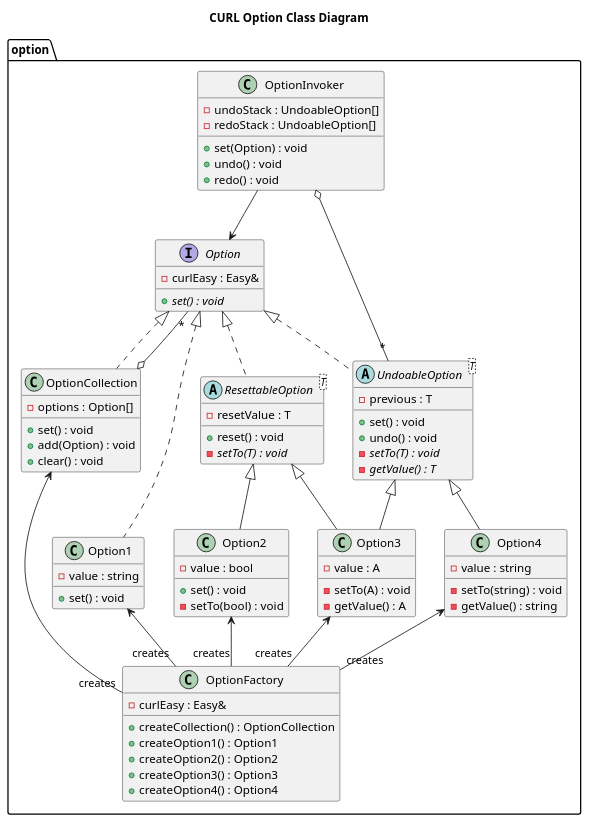
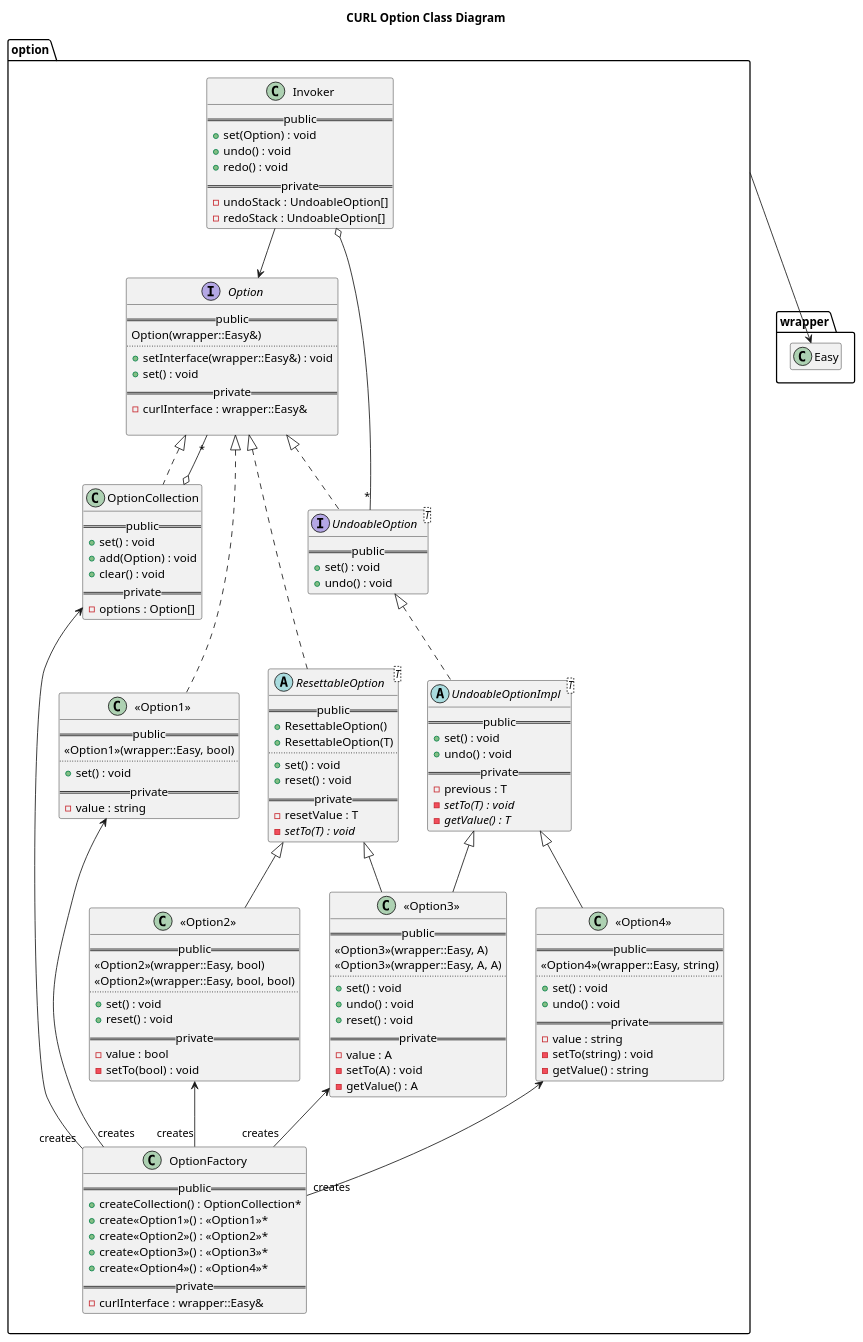
Before and after one commit to kfpgk/libotocurl: the diagram in libotocurl/option/doc/class.puml, drawn with PlantUML. The commit also changed 26 other files, not shown here.

Commit message:
Add in line documentation of option package and adjust formatting in uml diagrams

```diff
--- a/libotocurl/option/doc/class.puml
+++ b/libotocurl/option/doc/class.puml
@@ -1,86 +1,150 @@
 @startuml curl-option-class-diagram
 
 title CURL Option Class Diagram
 
 package option {
+
     interface "Option" as CurlOption {
-        - curlEasy : Easy&
-        + {abstract} set() : void
+        == public ==
+        Option(wrapper::Easy&)
+        ..
+        + setInterface(wrapper::Easy&) : void
+        + set() : void
+        == private ==
+        - curlInterface : wrapper::Easy&
+        
     }
+
     class "OptionFactory" as CurlOptionFactory {
-        - curlEasy : Easy&
-        + createCollection() : OptionCollection
-        + createOption1() : Option1
-        + createOption2() : Option2
-        + createOption3() : Option3
-        + createOption4() : Option4
+        == public ==
+        + createCollection() : OptionCollection*
+        + create<<Option1>>() : <<Option1>>*
+        + create<<Option2>>() : <<Option2>>*
+        + create<<Option3>>() : <<Option3>>*
+        + create<<Option4>>() : <<Option4>>*
+        == private ==
+        - curlInterface : wrapper::Easy&
     }
-    class "OptionInvoker" as CurlOptionInvoker {
+
+    class "Invoker" as CurlOptionInvoker {
+        == public ==
+        + set(Option) : void 
+        + undo() : void
+        + redo() : void
+        == private ==
         - undoStack : UndoableOption[]
         - redoStack : UndoableOption[]
-        + set(Option) : void
-        + undo() : void
-        + redo() : void
     }
+
     abstract class "ResettableOption<T>" as CurlResettableOption {
+        == public ==
+        + ResettableOption()
+        + ResettableOption(T)
+        ..
+        + set() : void
+        + reset() : void
+        == private ==
         - resetValue : T
-        + reset() : void
         - {abstract} setTo(T) : void
     }
     
-    abstract class "UndoableOption<T>" as CurlUndoableOption {
-        - previous : T
+    interface "UndoableOption<T>" as CurlUndoableOption {
+        == public ==
         + set() : void
         + undo() : void
+    }
+
+    abstract class "UndoableOptionImpl<T>" as CurlUndoableOptionImpl {
+        == public ==
+        + set() : void
+        + undo() : void  
+        == private ==
+        - previous : T
         - {abstract} setTo(T) : void
         - {abstract} getValue() : T
     }
+
     class "OptionCollection" as CurlOptionCollection {
-        - options : Option[]
+        == public ==
         + set() : void
         + add(Option) : void
         + clear() : void
+        == private ==
+        - options : Option[]
     }
-    class "Option1" as CurlConcreteOption1 {
+    class "<<Option1>>" as CurlConcreteOption1 {
+        == public ==
+        <<Option1>>(wrapper::Easy, bool)
+        ..
+        + set() : void
+        == private ==
         - value : string
+    }
+    class "<<Option2>>" as CurlConcreteOption2 {
+        == public ==
+        <<Option2>>(wrapper::Easy, bool)
+        <<Option2>>(wrapper::Easy, bool, bool)
+        ..
         + set() : void
-    }
-    class "Option2" as CurlConcreteOption2 {
+        + reset() : void
+        == private ==
         - value : bool
-        + set() : void
         - setTo(bool) : void
     }
-    class "Option3" as CurlConcreteOption3 {
+    class "<<Option3>>" as CurlConcreteOption3 {
+        == public ==
+        <<Option3>>(wrapper::Easy, A)
+        <<Option3>>(wrapper::Easy, A, A)
+        ..
+        + set() : void
+        + undo() : void
+        + reset() : void
+        == private ==
         - value : A
         - setTo(A) : void
         - getValue() : A
     }
-    class "Option4" as CurlConcreteOption4 {
+    class "<<Option4>>" as CurlConcreteOption4 {
+        == public ==
+        <<Option4>>(wrapper::Easy, string)
+        ..
+        + set() : void
+        + undo() : void
+        == private ==
         - value : string
         - setTo(string) : void
         - getValue() : string
     }
+}
+
+package wrapper {
+    class Easy
+    hide Easy attributes
+    hide Easy methods
 }
 
 CurlOption <|.. CurlOptionCollection
 CurlOption "*" --o CurlOptionCollection
 
 CurlOption <|.. CurlResettableOption 
 CurlOption <|.. CurlUndoableOption
+CurlUndoableOption <|.. CurlUndoableOptionImpl
 
 CurlOption <|.. CurlConcreteOption1
 CurlResettableOption <|-- CurlConcreteOption2
 CurlResettableOption <|-- CurlConcreteOption3
-CurlUndoableOption <|-- CurlConcreteOption3
-CurlUndoableOption <|-- CurlConcreteOption4
+CurlUndoableOptionImpl <|-- CurlConcreteOption3
+CurlUndoableOptionImpl <|-- CurlConcreteOption4
 
 CurlOptionCollection <-- "creates" CurlOptionFactory
 CurlConcreteOption1 <-- "creates" CurlOptionFactory
 CurlConcreteOption2 <-- "creates" CurlOptionFactory
 CurlConcreteOption3 <-- "creates" CurlOptionFactory
 CurlConcreteOption4 <-- "creates" CurlOptionFactory
 
 CurlOptionInvoker --> CurlOption
 CurlOptionInvoker o-- "*" CurlUndoableOption
 
+option --> Easy
+
 @enduml
```
